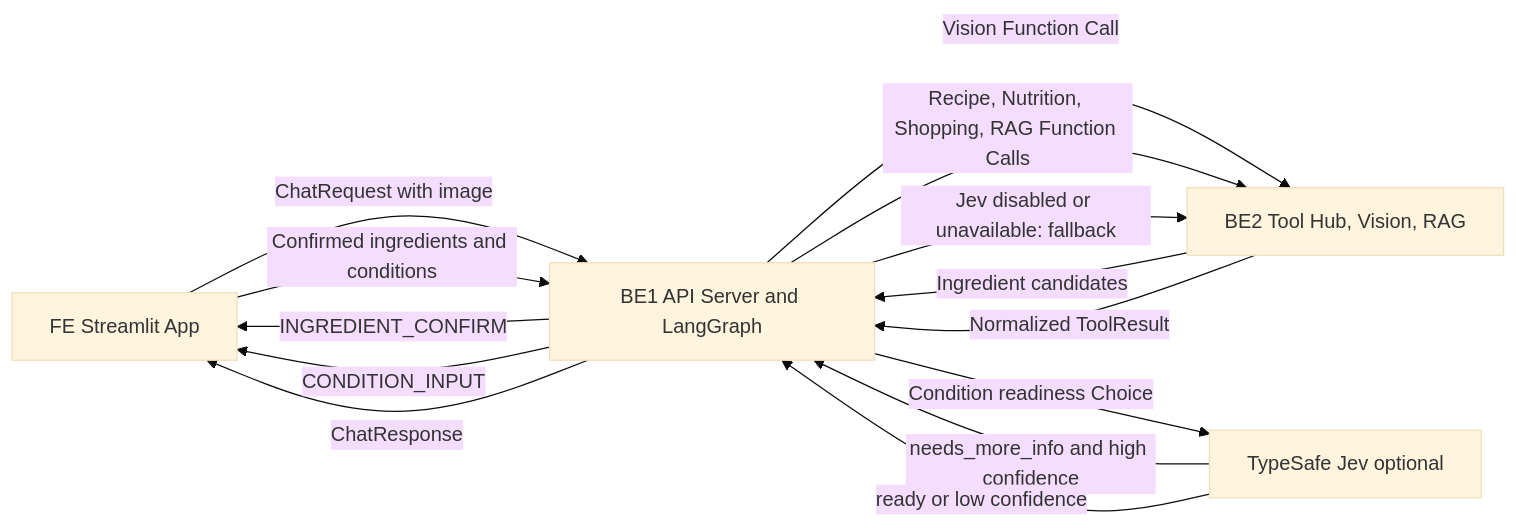
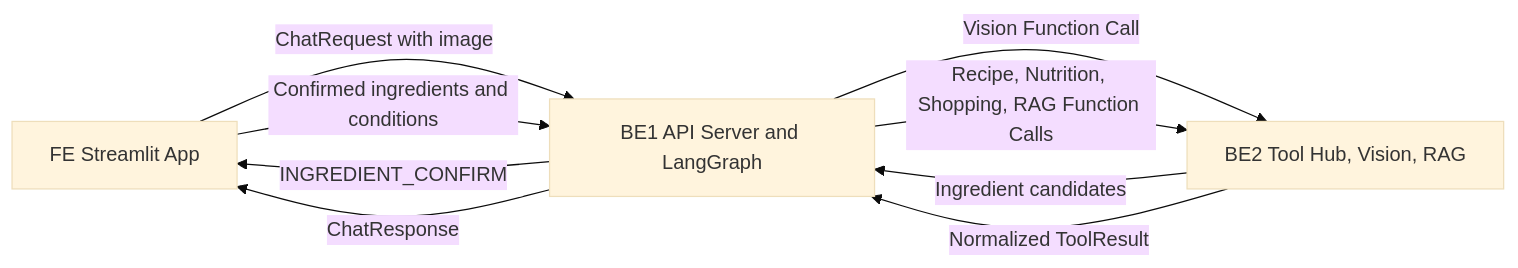
One commit to DongJunee/2026_aio2_p2_PlanEat_Backend changed the third of 3 diagrams in docs/data-flow.md. Above: the diagram before and after it, drawn with Mermaid (base theme). The commit also changed other lines of this file, not shown here.

````diff
--- a/docs/data-flow.md
+++ b/docs/data-flow.md
@@ -132,16 +110,11 @@
 ```mermaid
 flowchart LR
     FE[FE Streamlit App] -->|ChatRequest with image| BE1[BE1 API Server and LangGraph]
     BE1 -->|Vision Function Call| BE2[BE2 Tool Hub, Vision, RAG]
     BE2 -->|Ingredient candidates| BE1
     BE1 -->|INGREDIENT_CONFIRM| FE
     FE -->|Confirmed ingredients and conditions| BE1
-    BE1 -->|Condition readiness Choice| JEV[TypeSafe Jev optional]
-    JEV -->|needs_more_info and high confidence| BE1
-    BE1 -->|CONDITION_INPUT| FE
-    JEV -->|ready or low confidence| BE1
     BE1 -->|Recipe, Nutrition, Shopping, RAG Function Calls| BE2
-    BE1 -->|Jev disabled or unavailable: fallback| BE2
     BE2 -->|Normalized ToolResult| BE1
     BE1 -->|ChatResponse| FE
 ```
````
